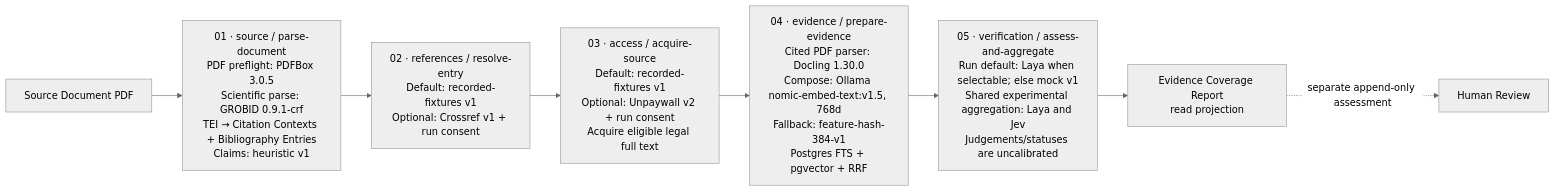
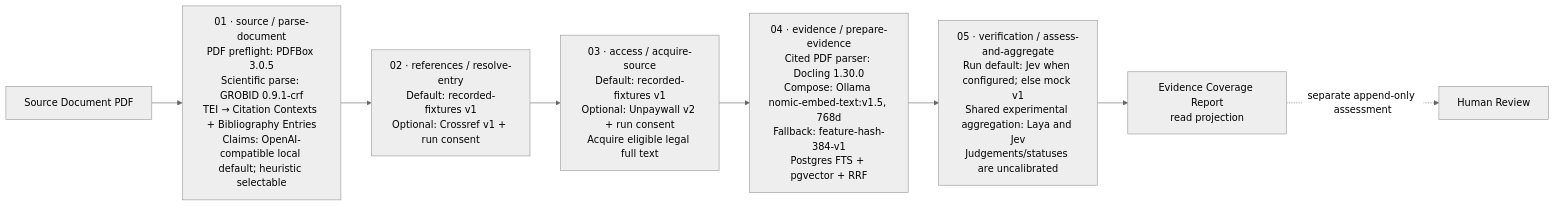
Before and after one commit to arrokh/paper-t-rail: the first of 2 diagrams in docs/pipeline-feature-matrix.md, drawn with Mermaid (neutral theme). The commit also changed other lines of this file and 72 other files, not shown here.

````diff
--- a/docs/pipeline-feature-matrix.md
+++ b/docs/pipeline-feature-matrix.md
@@ -17,10 +17,10 @@
 ```mermaid
 flowchart LR
     PDF["Source Document PDF"] --> S1
-    S1["01 · source / parse-document<br/>PDF preflight: PDFBox 3.0.5<br/>Scientific parse: GROBID 0.9.1-crf<br/>TEI → Citation Contexts + Bibliography Entries<br/>Claims: heuristic v1"] --> S2
+    S1["01 · source / parse-document<br/>PDF preflight: PDFBox 3.0.5<br/>Scientific parse: GROBID 0.9.1-crf<br/>TEI → Citation Contexts + Bibliography Entries<br/>Claims: OpenAI-compatible local default; heuristic selectable"] --> S2
     S2["02 · references / resolve-entry<br/>Default: recorded-fixtures v1<br/>Optional: Crossref v1 + run consent"] --> S3
     S3["03 · access / acquire-source<br/>Default: recorded-fixtures v1<br/>Optional: Unpaywall v2 + run consent<br/>Acquire eligible legal full text"] --> S4
     S4["04 · evidence / prepare-evidence<br/>Cited PDF parser: Docling 1.30.0<br/>Compose: Ollama nomic-embed-text:v1.5, 768d<br/>Fallback: feature-hash-384-v1<br/>Postgres FTS + pgvector + RRF"] --> S5
-    S5["05 · verification / assess-and-aggregate<br/>Run default: Laya when selectable; else mock v1<br/>Shared experimental aggregation: Laya and Jev<br/>Judgements/statuses are uncalibrated"] --> REPORT["Evidence Coverage Report<br/>read projection"]
+    S5["05 · verification / assess-and-aggregate<br/>Run default: Jev when configured; else mock v1<br/>Shared experimental aggregation: Laya and Jev<br/>Judgements/statuses are uncalibrated"] --> REPORT["Evidence Coverage Report<br/>read projection"]
     REPORT -. separate append-only assessment .-> REVIEW["Human Review"]
 ```
````
